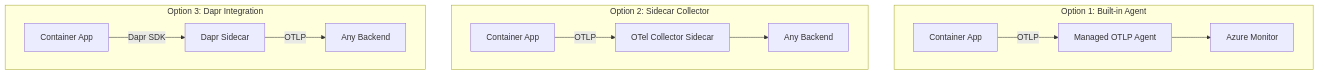
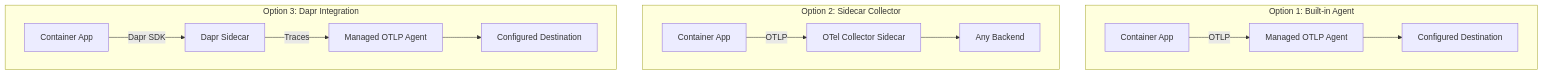
One commit to OneUptime/blog changed the diagram in posts/2026-02-06-configure-opentelemetry-azure-container-apps/README.md. Above: the diagram before and after it, drawn with Mermaid. The commit also changed other lines of this file and 2 other files, not shown here.

Commit message:
validate: 2026-02-06-configure-opentelemetry-azure-container-apps

````diff
--- a/posts/2026-02-06-configure-opentelemetry-azure-container-apps/README.md
+++ b/posts/2026-02-06-configure-opentelemetry-azure-container-apps/README.md
@@ -19,17 +19,18 @@
 ```mermaid
 flowchart TB
     subgraph "Option 1: Built-in Agent"
         A1[Container App] -->|OTLP| MA[Managed OTLP Agent]
-        MA --> B1[Azure Monitor]
+        MA --> B1[Configured Destination]
     end
 
     subgraph "Option 2: Sidecar Collector"
         A2[Container App] -->|OTLP| SC[OTel Collector Sidecar]
         SC --> B2[Any Backend]
     end
 
     subgraph "Option 3: Dapr Integration"
         A3[Container App] -->|Dapr SDK| D[Dapr Sidecar]
-        D -->|OTLP| B3[Any Backend]
+        D -->|Traces| MA3[Managed OTLP Agent]
+        MA3 --> B3[Configured Destination]
     end
 ```
````
